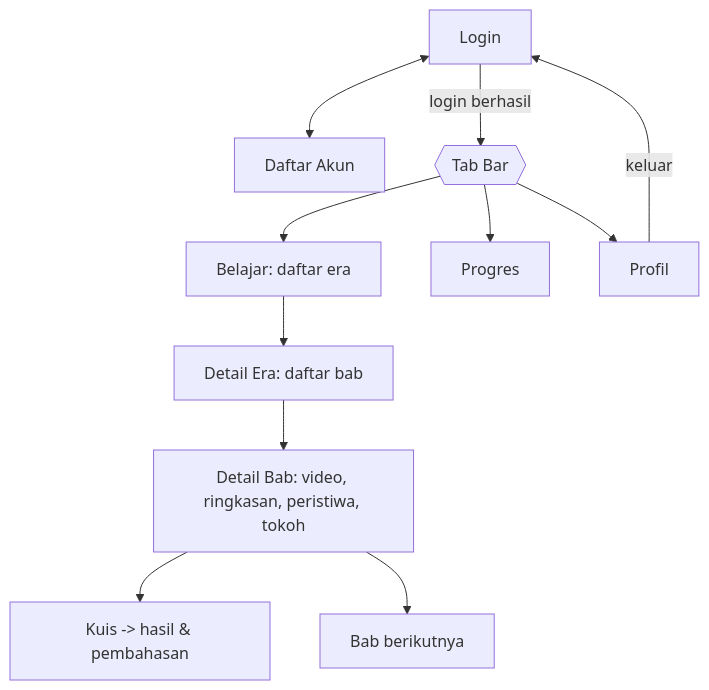
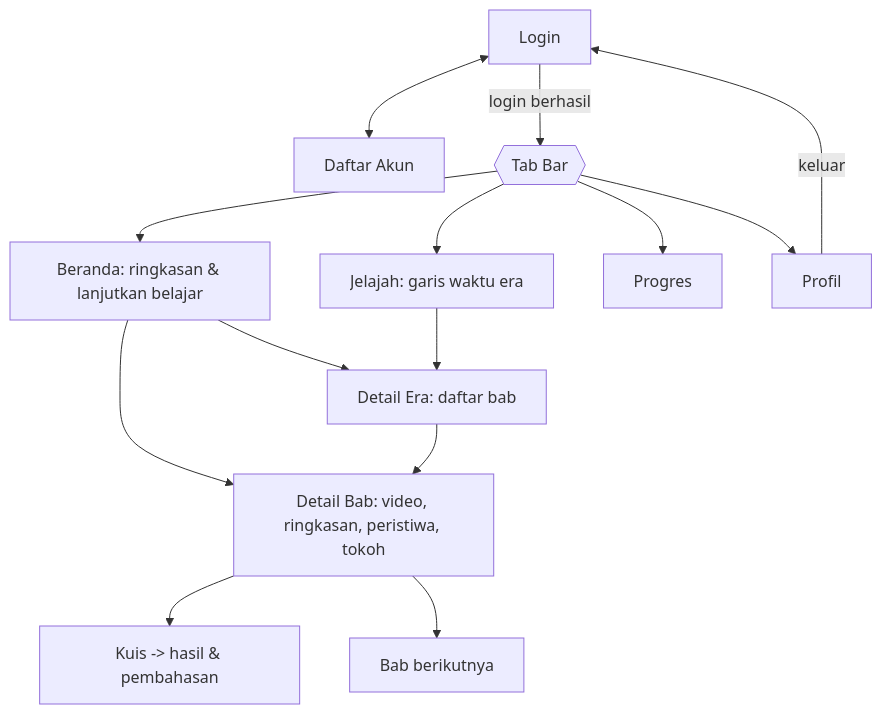
Before and after one commit to settuce-c/The-History-Of-Indonesia-TST-x-PAWM-: the diagram in mobile-app/README.md, drawn with Mermaid. The commit also changed other lines of this file, not shown here.

Commit message:
docs(mobile): perbarui daftar layar dan dependensi tampilan

````diff
--- a/mobile-app/README.md
+++ b/mobile-app/README.md
@@ -8,13 +8,16 @@
 ```mermaid
 flowchart TD
   L[Login] <--> R[Daftar Akun]
   L -- login berhasil --> T{{Tab Bar}}
-  T --> B[Belajar: daftar era]
+  T --> H[Beranda: ringkasan & lanjutkan belajar]
+  T --> B[Jelajah: garis waktu era]
   T --> P[Progres]
   T --> F[Profil]
+  H --> C
+  H --> E
   B --> E[Detail Era: daftar bab]
   E --> C[Detail Bab: video, ringkasan, peristiwa, tokoh]
   C --> Q[Kuis -> hasil & pembahasan]
   C --> C2[Bab berikutnya]
   F -- keluar --> L
 ```
````
